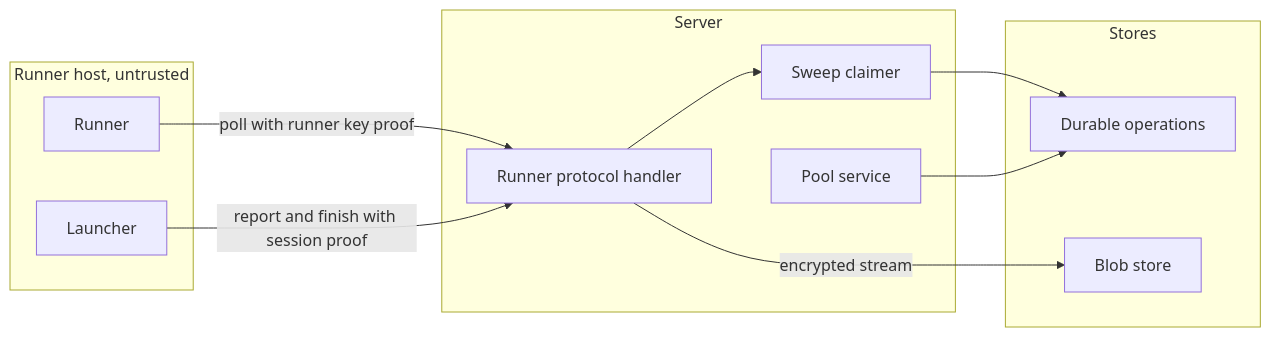
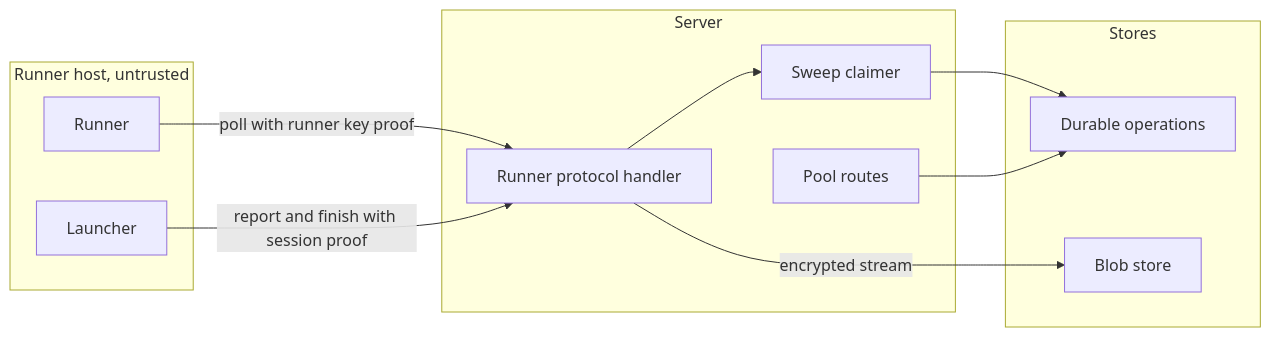
One commit to OpenDustpan/OpenDustpan changed the third of 3 diagrams in openspec/changes/add-job-session-paths-runner-sweep-claimer-wiring/design.md. Above: the diagram before and after it, drawn with Mermaid. The commit also changed other lines of this file and 7 other files, not shown here.

````diff
--- a/openspec/changes/add-job-session-paths-runner-sweep-claimer-wiring/design.md
+++ b/openspec/changes/add-job-session-paths-runner-sweep-claimer-wiring/design.md
@@ -69,22 +69,22 @@
 ```mermaid
 flowchart LR
  subgraph Host[Runner host, untrusted]
  L[Launcher]
  R[Runner]
  end
  subgraph Server[Server]
  H[Runner protocol handler]
  C[Sweep claimer]
- P[Pool service]
+ P[Pool routes]
  end
  subgraph Store[Stores]
  D[Durable operations]
  B[Blob store]
  end
  R-->|poll with runner key proof|H
  L-->|report and finish with session proof|H
  H-->C
  C-->D
  H-->|encrypted stream|B
  P-->D
 ```
````
